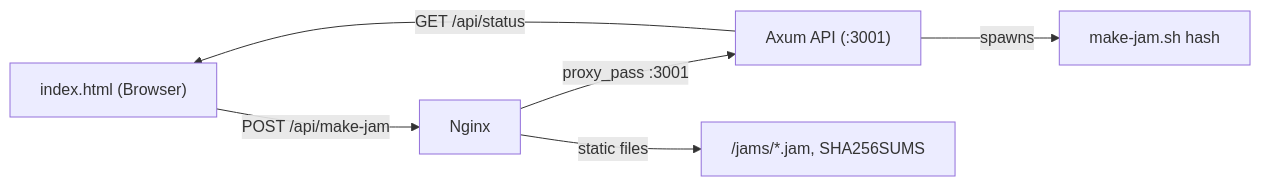
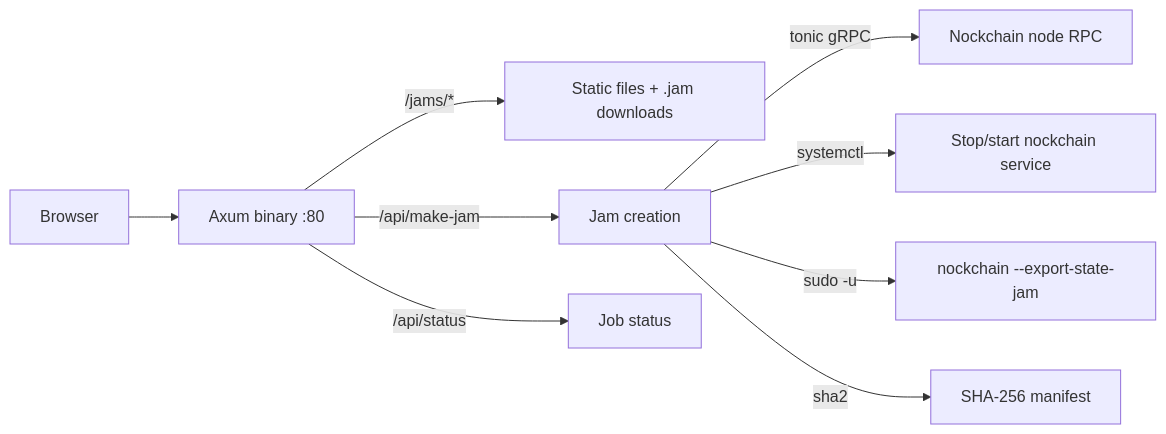
Before and after one commit to nocktoshi/nockchain-jammer: the diagram in README.md, drawn with Mermaid. The commit also changed other lines of this file and 10 other files, not shown here.

````diff
--- a/README.md
+++ b/README.md
@@ -24,8 +36,11 @@
 ```mermaid
 flowchart LR
-    Browser["index.html (Browser)"] -->|"POST /api/make-jam"| Nginx
-    Nginx -->|"proxy_pass :3001"| Axum["Axum API (:3001)"]
-    Axum -->|"spawns"| Script["make-jam.sh hash"]
-    Axum -->|"GET /api/status"| Browser
-    Nginx -->|"static files"| StaticFiles["/jams/*.jam, SHA256SUMS"]
+    Browser --> Axum["Axum binary :80"]
+    Axum -->|"/jams/*"| Static["Static files + .jam downloads"]
+    Axum -->|"/api/make-jam"| Jam["Jam creation"]
+    Axum -->|"/api/status"| Status["Job status"]
+    Jam -->|"tonic gRPC"| Node["Nockchain node RPC"]
+    Jam -->|"systemctl"| Systemd["Stop/start nockchain service"]
+    Jam -->|"sudo -u"| Export["nockchain --export-state-jam"]
+    Jam -->|"sha2"| Hash["SHA-256 manifest"]
 ```
````
